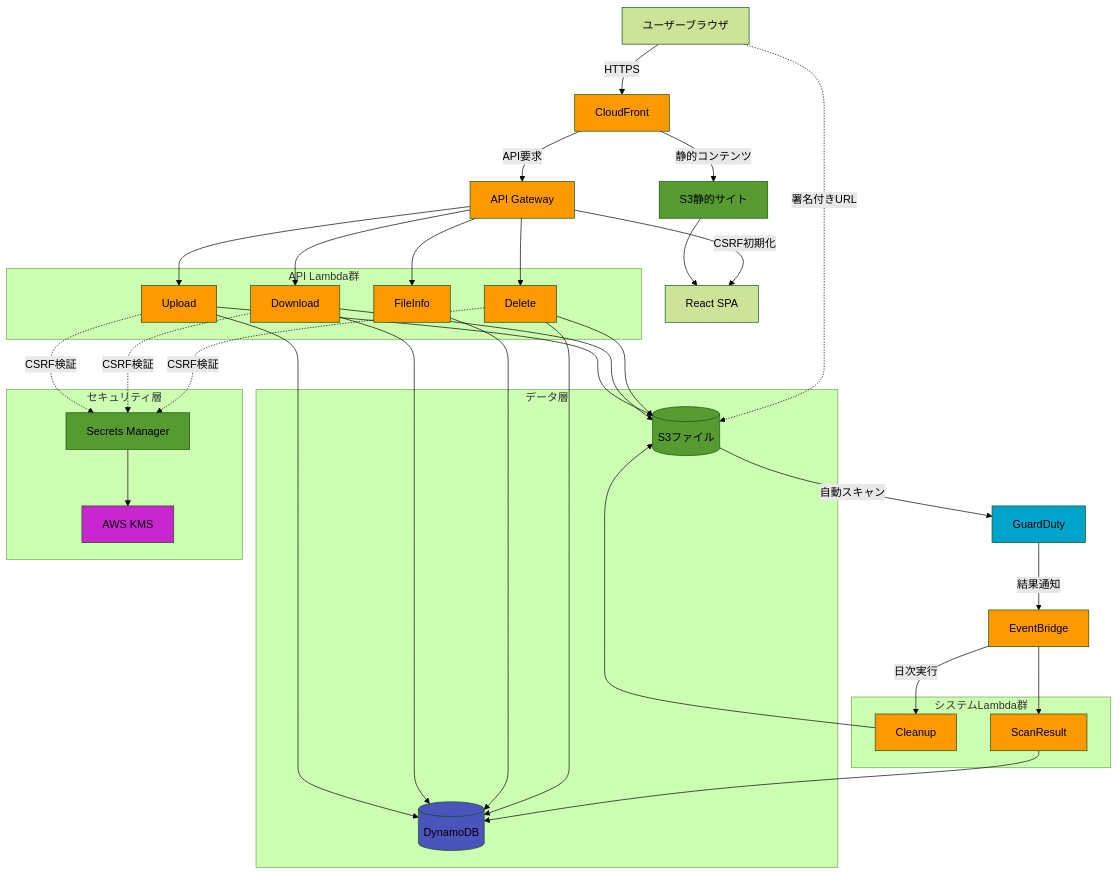
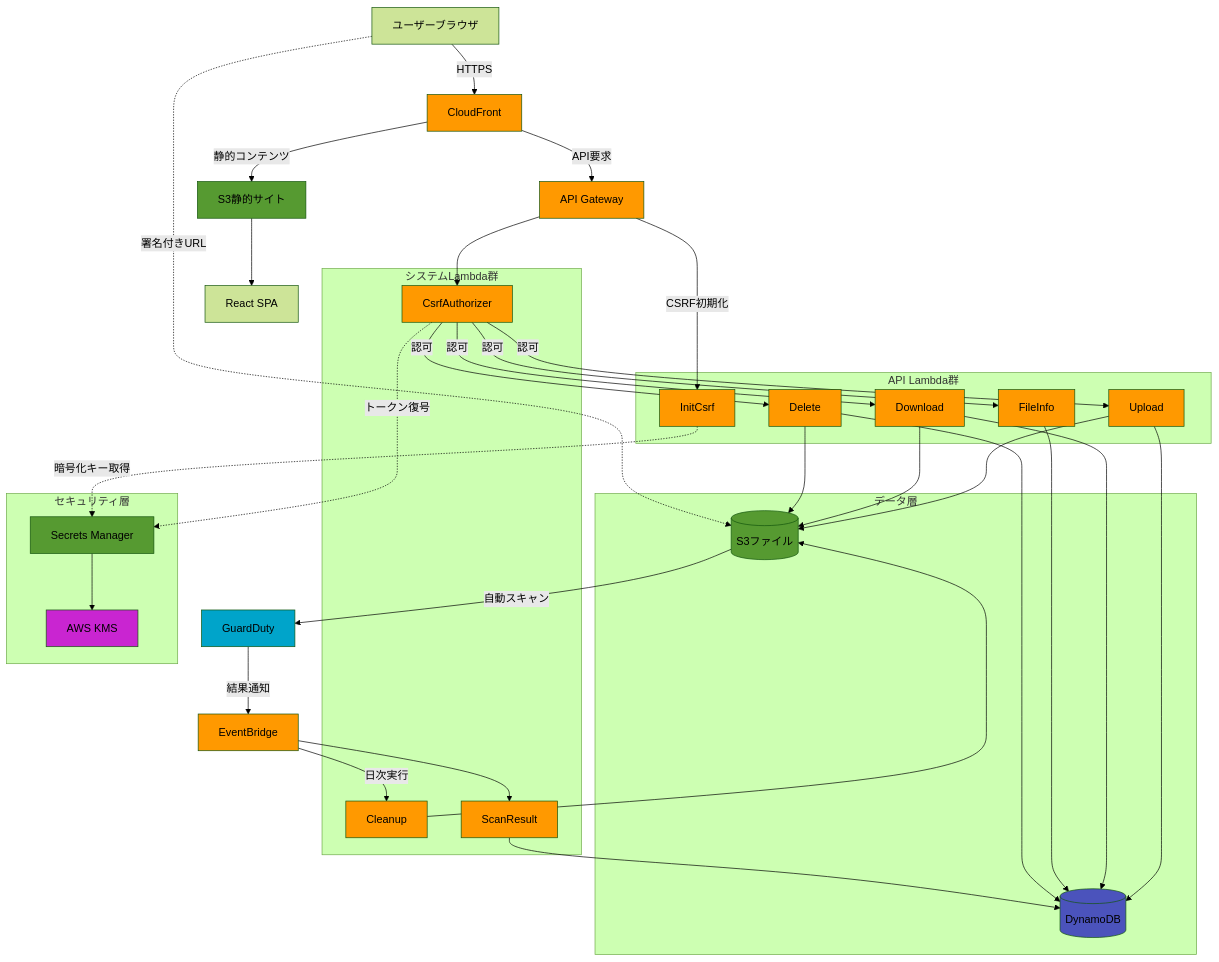
Before and after one commit to hanacus87/file-sharing: the diagram in README.md, drawn with Mermaid (forest theme). The commit also changed other lines of this file and 2 other files, not shown here.

```diff
--- a/README.md
+++ b/README.md
@@ -40,11 +40,13 @@
         L2[Download]
         L3[FileInfo]
         L6[Delete]
+        L7[InitCsrf]
     end
 
     subgraph "システムLambda群"
         L4[Cleanup]
         L5[ScanResult]
+        L8[CsrfAuthorizer]
     end
 
     %% データストレージ層
@@ -70,11 +72,12 @@
     S3W --> REACT
 
     %% API→Lambda
-    APIGW --> L1
-    APIGW --> L2
-    APIGW --> L3
-    APIGW --> L6
-    APIGW -->|CSRF初期化| REACT
+    APIGW --> L8
+    L8 -->|認可| L1
+    L8 -->|認可| L2
+    L8 -->|認可| L3
+    L8 -->|認可| L6
+    APIGW -->|CSRF初期化| L7
 
     %% Lambda→データ層
     L1 --> DDB
@@ -85,10 +88,9 @@
     L6 --> DDB
     L6 --> S3F
 
-    %% CSRF検証（代表的なもののみ）
-    L1 -.->|CSRF検証| SM
-    L2 -.->|CSRF検証| SM
-    L6 -.->|CSRF検証| SM
+    %% CSRF検証
+    L7 -.->|暗号化キー取得| SM
+    L8 -.->|トークン復号| SM
     SM --> KMS
 
     %% マルウェアスキャンフロー
@@ -113,6 +115,8 @@
     style L4 fill:#ff9900
     style L5 fill:#ff9900
     style L6 fill:#ff9900
+    style L7 fill:#ff9900
+    style L8 fill:#ff9900
     style S3W fill:#569a31
     style S3F fill:#569a31
     style DDB fill:#4b53bc
```
